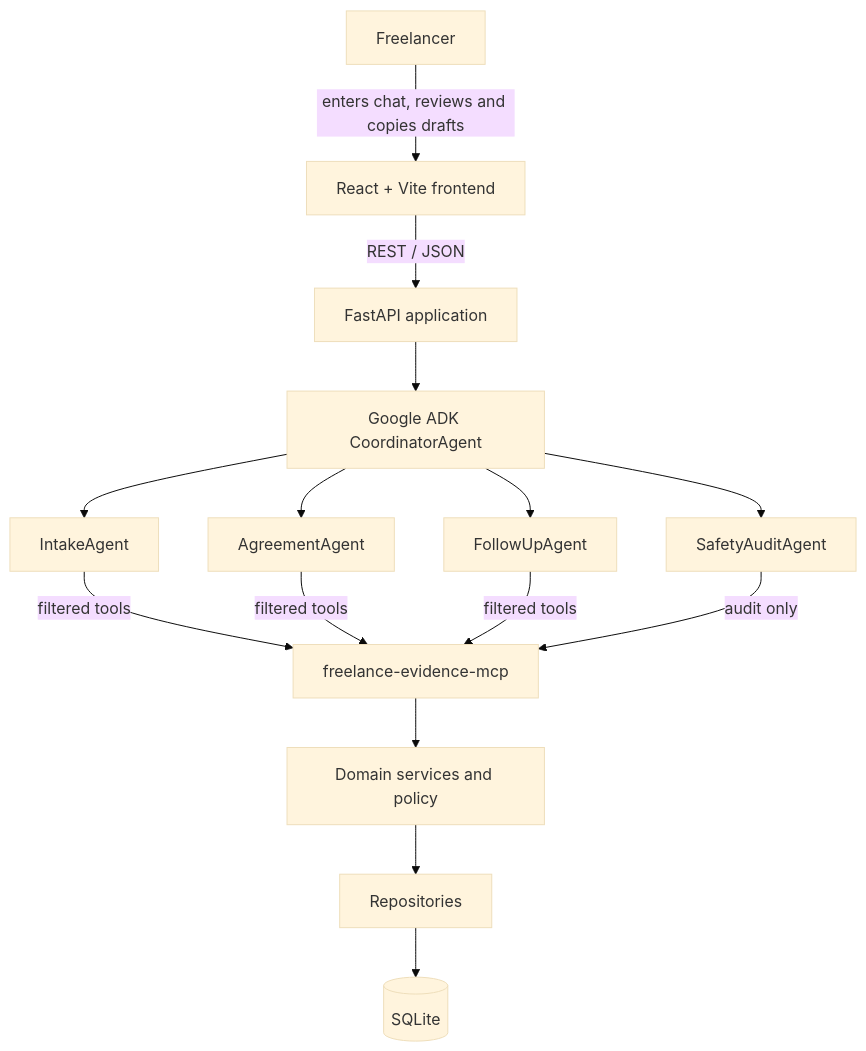
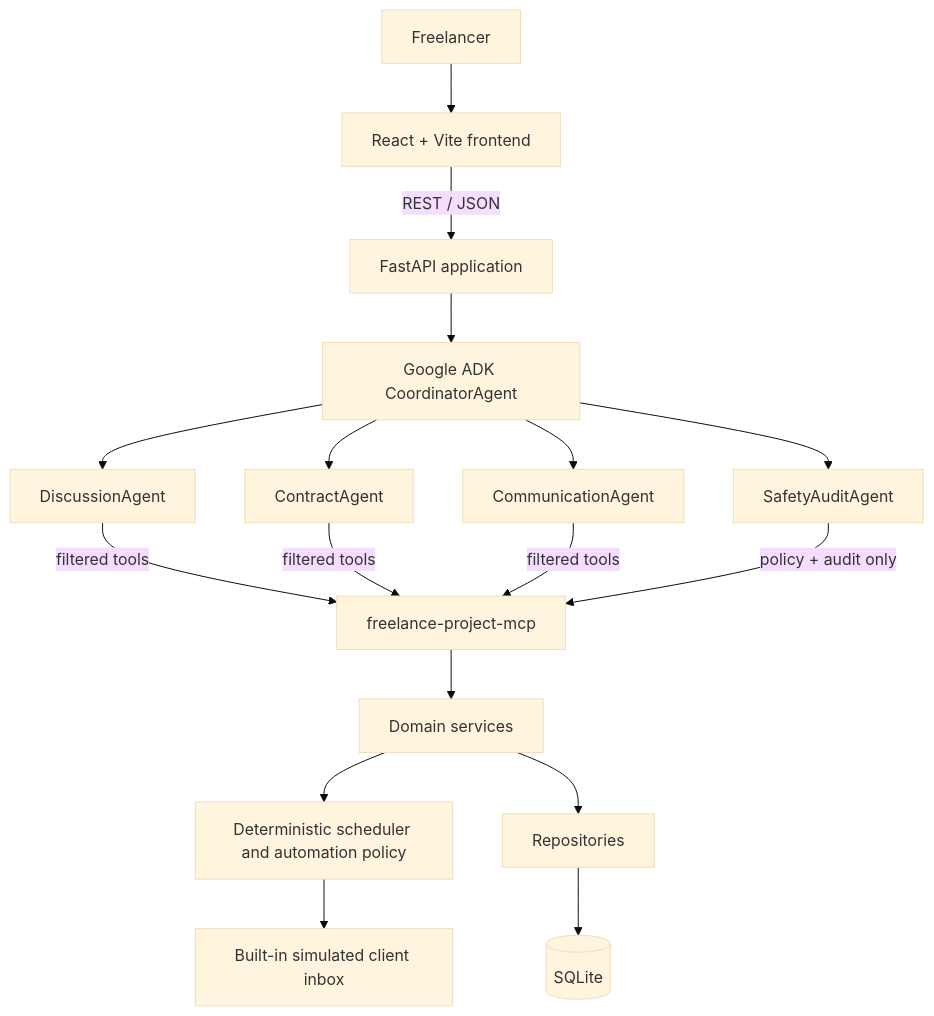
Before and after one commit to chaziyu/freelance-shield-ai: the first of 3 diagrams in docs/ARCHITECTURE.md, drawn with Mermaid (base theme). The commit also changed other lines of this file and 8 other files, not shown here.

Commit message:
docs: revise product as contract-driven communication agent

````diff
--- a/docs/ARCHITECTURE.md
+++ b/docs/ARCHITECTURE.md
@@ -9,17 +9,19 @@
 ```mermaid
 flowchart TD
-    User["Freelancer"] -->|"enters chat, reviews and copies drafts"| UI["React + Vite frontend"]
+    User["Freelancer"] --> UI["React + Vite frontend"]
     UI -->|"REST / JSON"| API["FastAPI application"]
     API --> Coordinator["Google ADK CoordinatorAgent"]
-    Coordinator --> Intake["IntakeAgent"]
-    Coordinator --> Agreement["AgreementAgent"]
-    Coordinator --> FollowUp["FollowUpAgent"]
+    Coordinator --> Discussion["DiscussionAgent"]
+    Coordinator --> Contract["ContractAgent"]
+    Coordinator --> Communication["CommunicationAgent"]
     Coordinator --> Safety["SafetyAuditAgent"]
-    Intake -->|"filtered tools"| MCP["freelance-evidence-mcp"]
-    Agreement -->|"filtered tools"| MCP
-    FollowUp -->|"filtered tools"| MCP
-    Safety -->|"audit only"| MCP
-    MCP --> Services["Domain services and policy"]
+    Discussion -->|"filtered tools"| MCP["freelance-project-mcp"]
+    Contract -->|"filtered tools"| MCP
+    Communication -->|"filtered tools"| MCP
+    Safety -->|"policy + audit only"| MCP
+    MCP --> Services["Domain services"]
+    Services --> Scheduler["Deterministic scheduler and automation policy"]
     Services --> Repositories["Repositories"]
     Repositories --> DB[("SQLite")]
+    Scheduler --> Inbox["Built-in simulated client inbox"]
 ```
````
